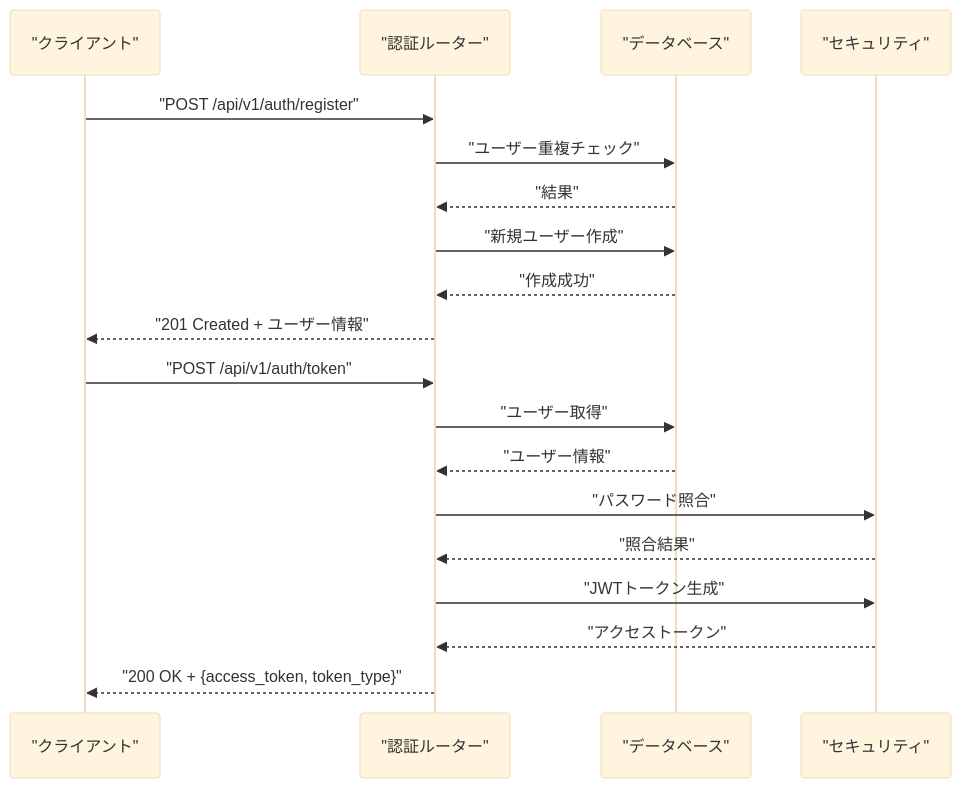
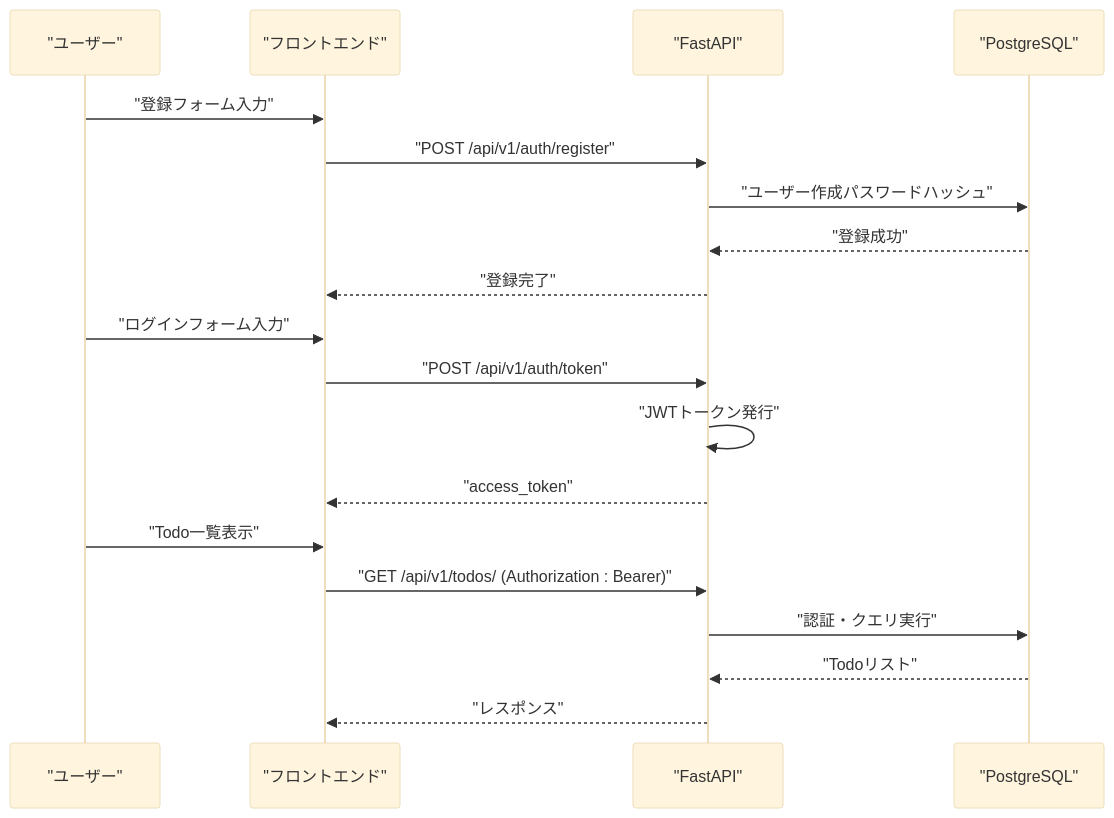
Before and after one commit to ss8806/Todos: the third of 8 diagrams in .qoder/repowiki/ja/content/プロジェクト概要.md, drawn with Mermaid (base theme). The commit also changed other lines of this file and 106 other files, not shown here.

````diff
--- a/.qoder/repowiki/ja/content/プロジェクト概要.md
+++ b/.qoder/repowiki/ja/content/プロジェクト概要.md
@@ -127,21 +121,21 @@
 ```mermaid
 sequenceDiagram
-participant Client as "クライアント"
-participant Auth as "認証ルーター"
-participant DB as "データベース"
-participant Sec as "セキュリティ"
-Client->>Auth : "POST /api/v1/auth/register"
-Auth->>DB : "ユーザー重複チェック"
-DB-->>Auth : "結果"
-Auth->>DB : "新規ユーザー作成"
-DB-->>Auth : "作成成功"
-Auth-->>Client : "201 Created + ユーザー情報"
-Client->>Auth : "POST /api/v1/auth/token"
-Auth->>DB : "ユーザー取得"
-DB-->>Auth : "ユーザー情報"
-Auth->>Sec : "パスワード照合"
-Sec-->>Auth : "照合結果"
-Auth->>Sec : "JWTトークン生成"
-Sec-->>Auth : "アクセストークン"
-Auth-->>Client : "200 OK + {access_token, token_type}"
+participant U as "ユーザー"
+participant FE as "フロントエンド"
+participant BE as "FastAPI"
+participant DB as "PostgreSQL"
+U->>FE : "登録フォーム入力"
+FE->>BE : "POST /api/v1/auth/register"
+BE->>DB : "ユーザー作成パスワードハッシュ"
+DB-->>BE : "登録成功"
+BE-->>FE : "登録完了"
+U->>FE : "ログインフォーム入力"
+FE->>BE : "POST /api/v1/auth/token"
+BE->>BE : "JWTトークン発行"
+BE-->>FE : "access_token"
+U->>FE : "Todo一覧表示"
+FE->>BE : "GET /api/v1/todos/ (Authorization : Bearer)"
+BE->>DB : "認証・クエリ実行"
+DB-->>BE : "Todoリスト"
+BE-->>FE : "レスポンス"
 ```
````
